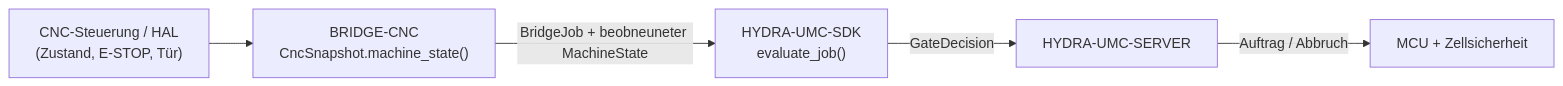
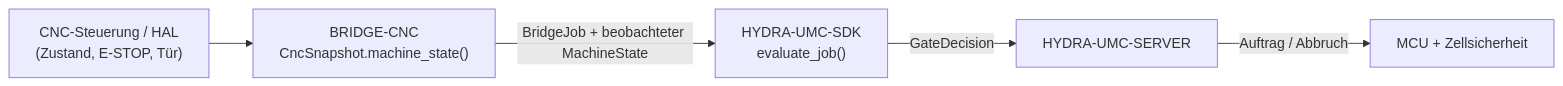
Before and after one commit to JuanenRac/HYDRA-UMC-BRIDGE-CNC: the diagram in README_deu.md, drawn with Mermaid. The commit also changed other lines of this file and 5 other files, not shown here.

````diff
--- a/README_deu.md
+++ b/README_deu.md
@@ -42,7 +44,7 @@
 ```mermaid
 flowchart LR
     CNC["CNC-Steuerung / HAL<br/>(Zustand, E-STOP, Tür)"] --> BRIDGE["BRIDGE-CNC<br/>CncSnapshot.machine_state()"]
-    BRIDGE -- "BridgeJob + beobneuneter MachineState" --> SDK["HYDRA-UMC-SDK<br/>evaluate_job()"]
+    BRIDGE -- "BridgeJob + beobachteter MachineState" --> SDK["HYDRA-UMC-SDK<br/>evaluate_job()"]
     SDK -- GateDecision --> SERVER["HYDRA-UMC-SERVER"]
     SERVER -- "Auftrag / Abbruch" --> MCU["MCU + Zellsicherheit"]
 ```
````
